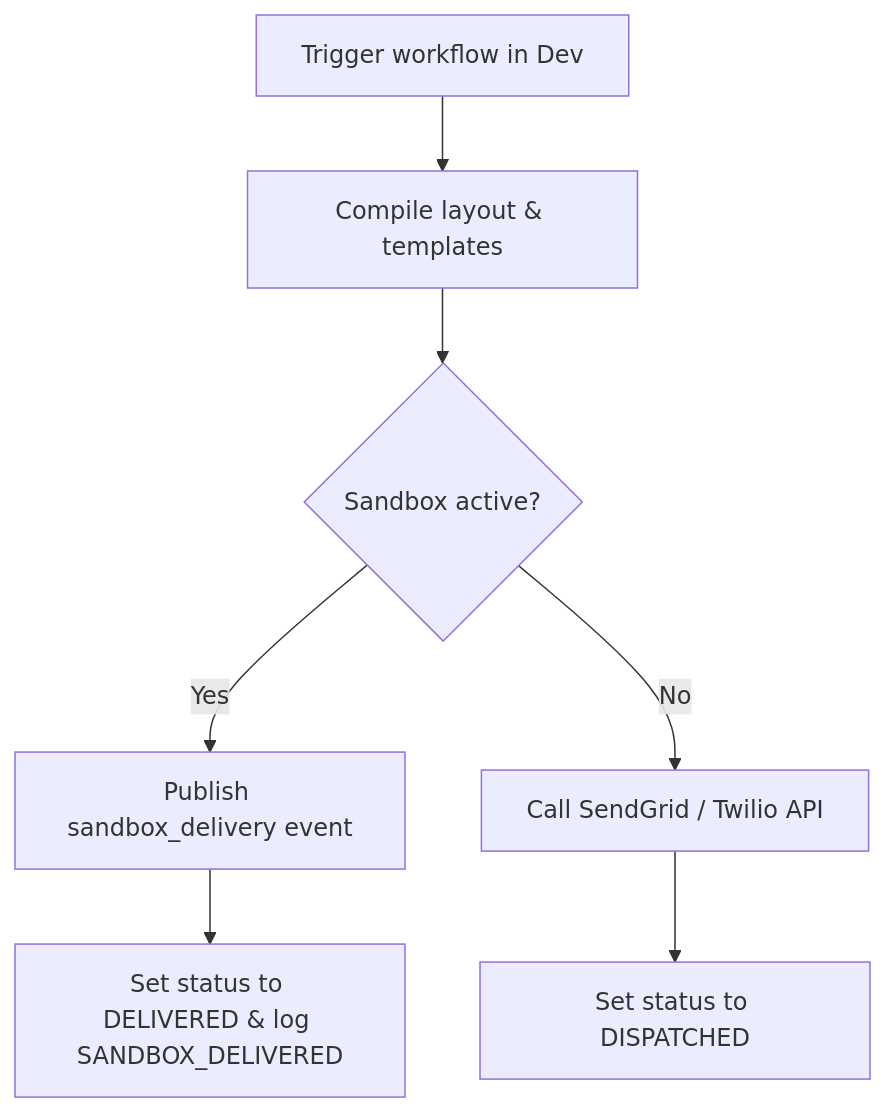
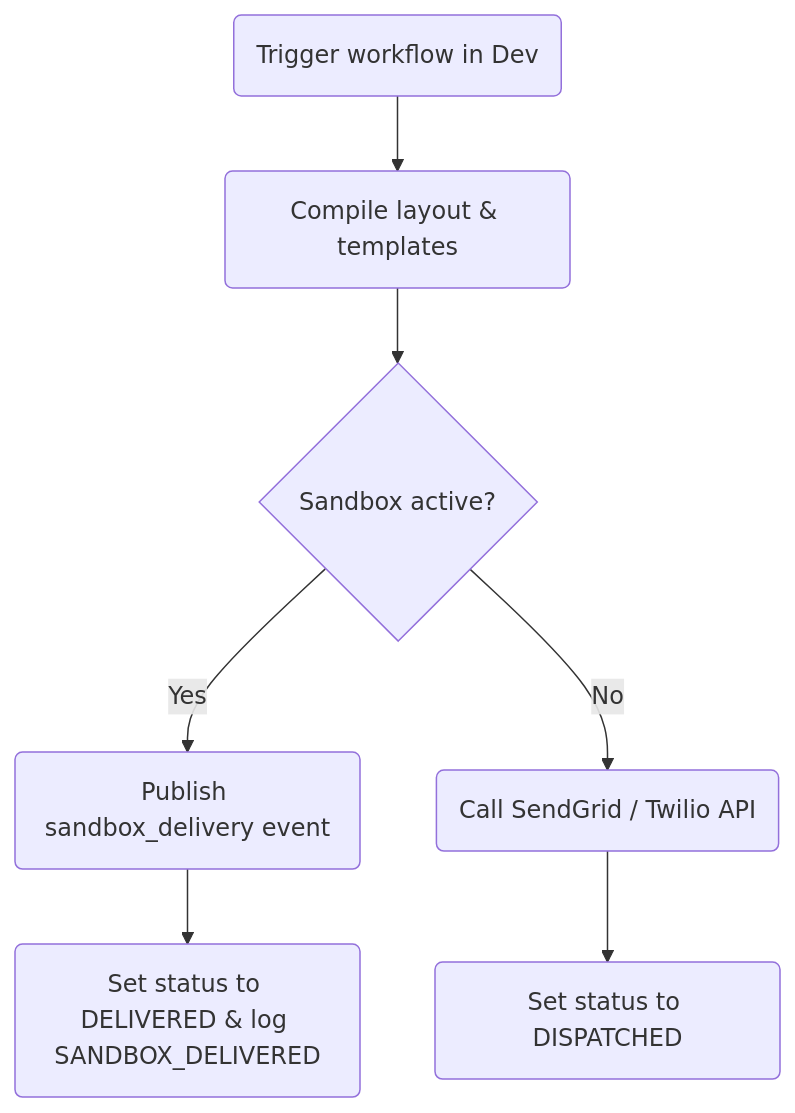
One commit to KriyanshKhunt/nexus_docs changed the diagram in content/docs/en/platform/features/sandbox.mdx. Above: the diagram before and after it, drawn with Mermaid. The commit also changed 25 other files, not shown here.

Commit message:
Handle en Mermaid charts

````diff
--- a/content/docs/en/platform/features/sandbox.mdx
+++ b/content/docs/en/platform/features/sandbox.mdx
@@ -19,9 +19,9 @@
 ```mermaid
 flowchart TD
-  Trigger[Trigger workflow in Dev] --> Compile[Compile layout & templates]
+  Trigger(Trigger workflow in Dev) --> Compile(Compile layout & templates)
   Compile --> Dispatch{Sandbox active?}
-  Dispatch -->|Yes| Simulate[Publish sandbox_delivery event]
-  Simulate --> Log[Set status to DELIVERED & log SANDBOX_DELIVERED]
-  Dispatch -->|No| Live[Call SendGrid / Twilio API]
-  Live --> LogLive[Set status to DISPATCHED]
+  Dispatch -->|Yes| Simulate(Publish sandbox_delivery event)
+  Simulate --> Log(Set status to DELIVERED & log SANDBOX_DELIVERED)
+  Dispatch -->|No| Live(Call SendGrid / Twilio API)
+  Live --> LogLive(Set status to DISPATCHED)
 ```
````
